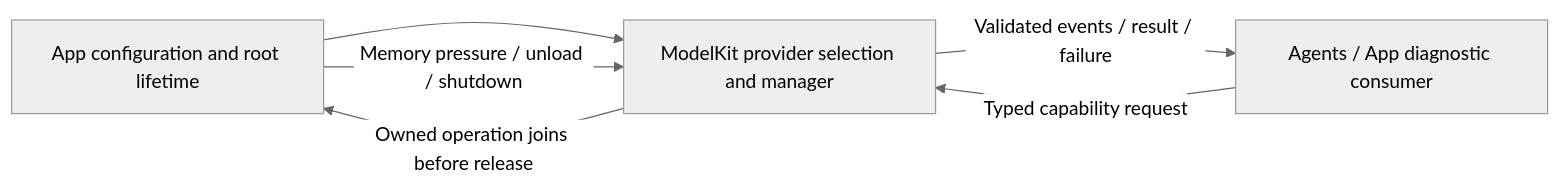
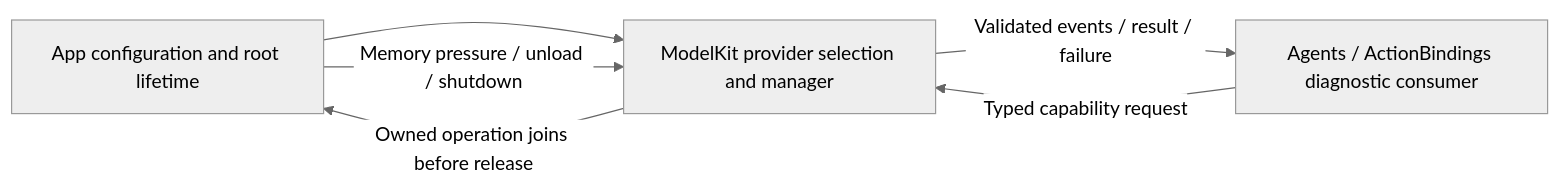
Diagram 23 of 32 in MobileHarness/README.md (devilyouwei/MobileHarness), drawn with Mermaid (neutral theme) before and after one commit. The commit also changed other lines of this file and 254 other files, not shown here.

First line of the commit message:
refactor: isolate app composition and module bindings

````diff
--- a/MobileHarness/README.md
+++ b/MobileHarness/README.md
@@ -1074,8 +1038,8 @@
 ```mermaid
 flowchart LR
     App[App configuration and root lifetime] --> Defaults[ModelKit provider selection and manager]
-    Agents[Agents / App diagnostic consumer] -->|Typed capability request| Defaults
+    Agents[Agents / ActionBindings diagnostic consumer] -->|Typed capability request| Defaults
     Defaults -->|Validated events / result / failure| Agents
     App -->|Memory pressure / unload / shutdown| Defaults
     Defaults -->|Owned operation joins before release| App
 ```
````
